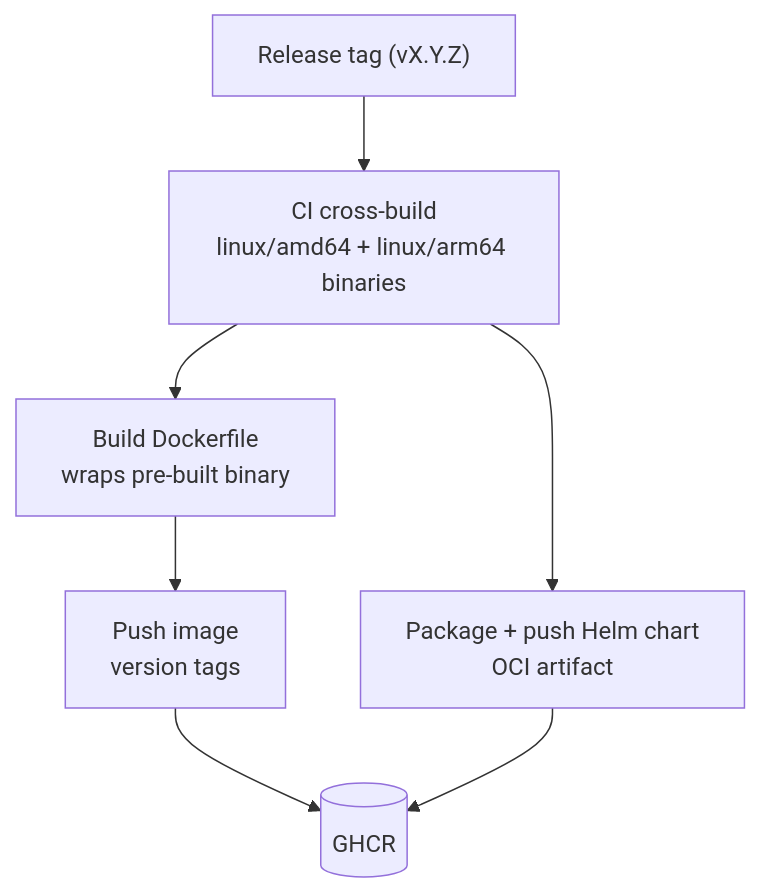
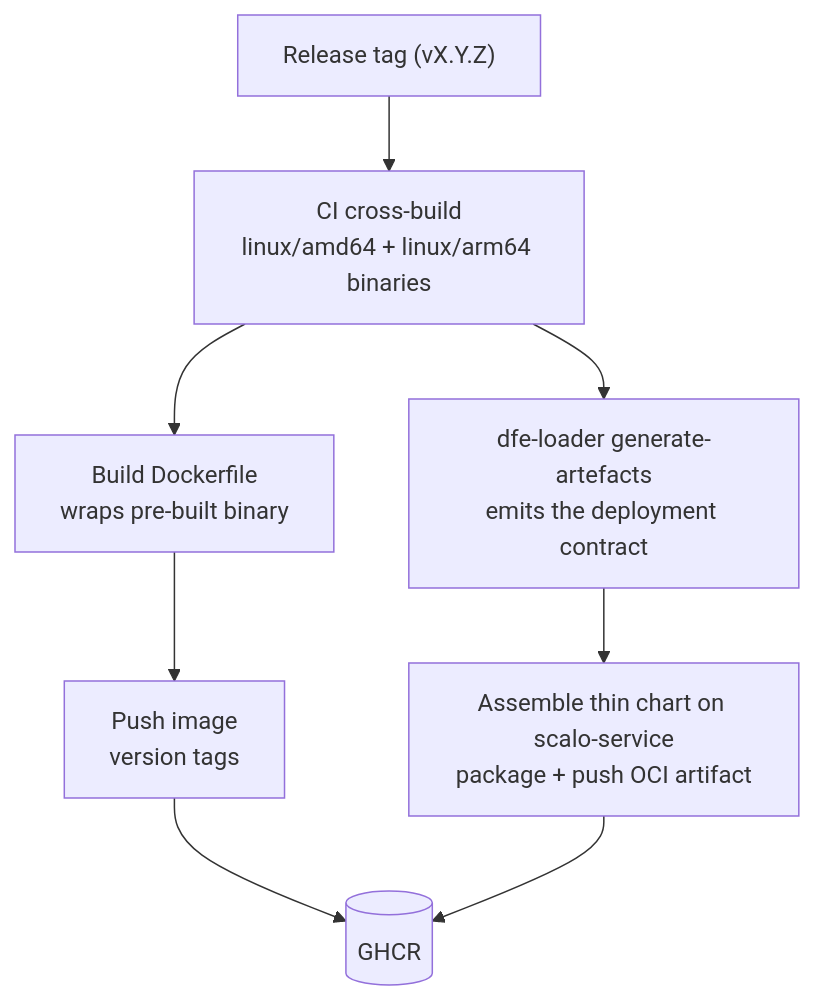
The diagram in docs/deployment/PUBLISHING.md (hyperi-io/dfe-loader), drawn with Mermaid before and after one commit. The commit also changed other lines of this file and 30 other files, not shown here.

First line of the commit message:
fix: emit contract v4 and drop the committed chart (#243)

````diff
--- a/docs/deployment/PUBLISHING.md
+++ b/docs/deployment/PUBLISHING.md
@@ -22,12 +20,13 @@
 ```mermaid
 flowchart TB
     REL["Release tag (vX.Y.Z)"]
     BIN["CI cross-build<br/>linux/amd64 + linux/arm64 binaries"]
     DOCK["Build Dockerfile<br/>wraps pre-built binary"]
     PUSH["Push image<br/>version tags"]
-    HELM["Package + push Helm chart<br/>OCI artifact"]
+    EMIT["dfe-loader generate-artefacts<br/>emits the deployment contract"]
+    HELM["Assemble thin chart on scalo-service<br/>package + push OCI artifact"]
     REG[("GHCR")]
 
     REL --> BIN --> DOCK --> PUSH --> REG
-    BIN --> HELM --> REG
+    BIN --> EMIT --> HELM --> REG
 ```
````
